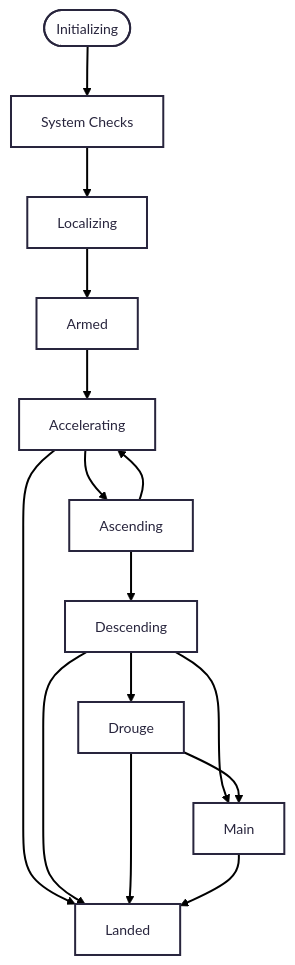
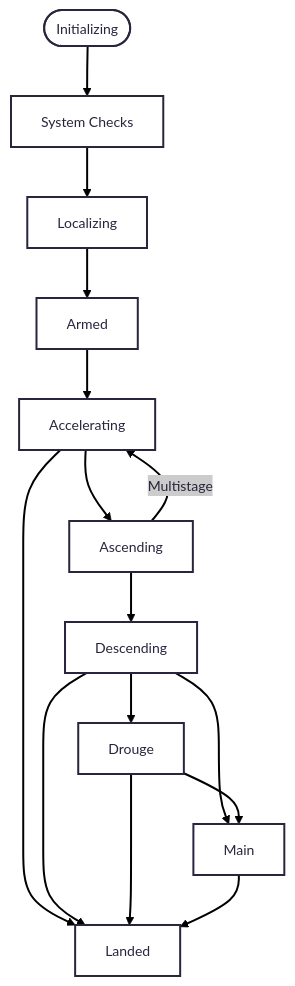
One commit to Pioneer-Rocketry/Flight-Computer changed the diagram in README.md. Above: the diagram before and after it, drawn with Mermaid.

Commit message:
changed flowchat a bit

````diff
--- a/README.md
+++ b/README.md
@@ -27,17 +27,21 @@
 ```mermaid
 ---
 config:
   theme: redux
 ---
 flowchart TD
     A(["Initializing"]) --> B["System Checks"]
     B --> C["Localizing"]
     C --> D["Armed"]
     D --> E["Accelerating"]
-    E --> F["Ascending"] & J["Landed"]
-    F --> G["Descending"] & E
-    G --> H["Drouge"] & I["Main"] & J
-    H --> I & J
+    E --> F["Ascending"]
+    E --> J["Landed"]
+    F --> G["Descending"]
+    F --> |Multistage|E
+    G --> H["Drouge"]
+    G --> I["Main"]
+    G --> J
+    H --> I
+    H --> J
     I --> J
-
 ```
````
